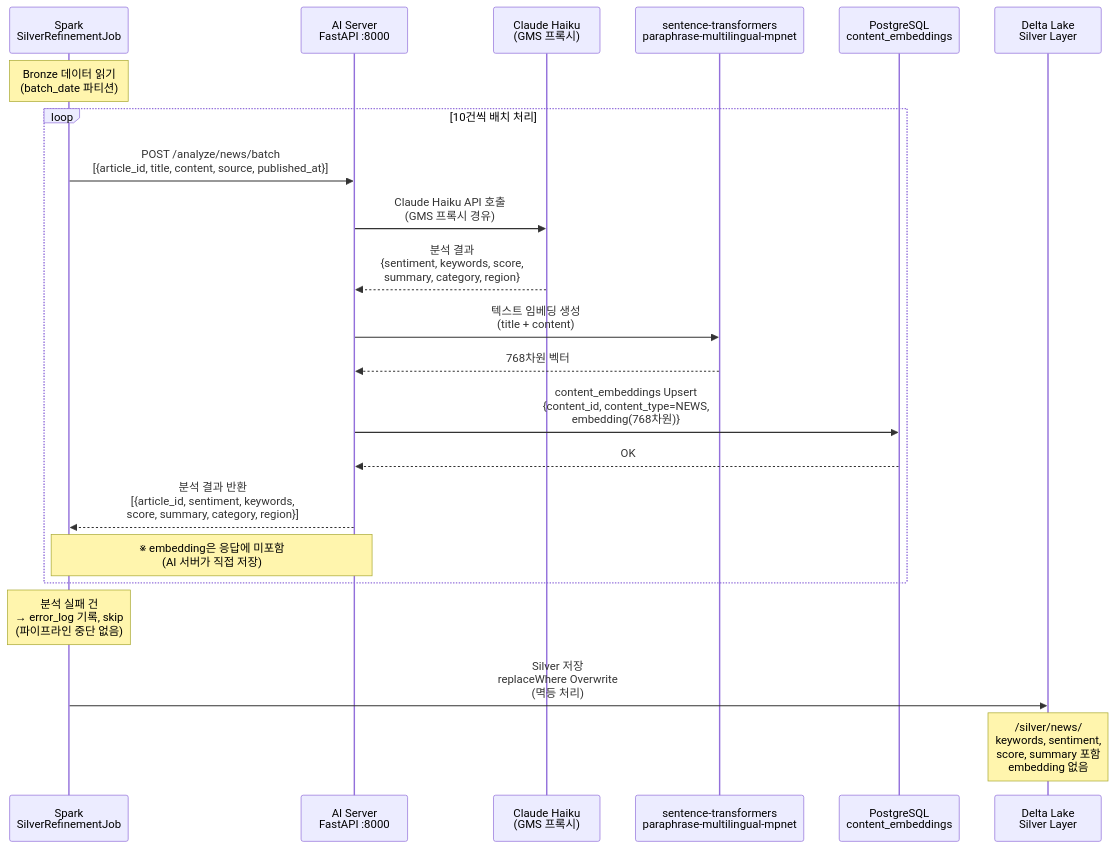
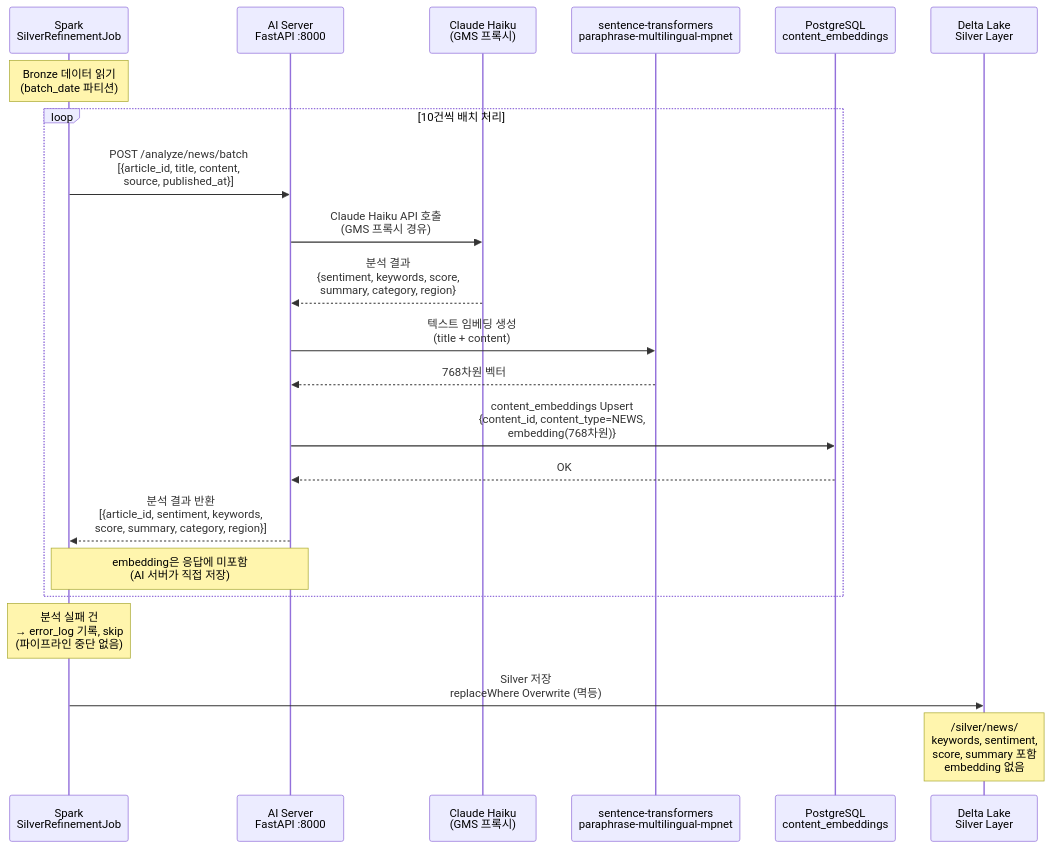
One commit to ljy0221/AiRadar changed the diagram in docs/diagrams/03_ai_analysis_flow.md. Above: the diagram before and after it, drawn with Mermaid. The commit also changed 7 other files, not shown here.

````diff
--- a/docs/diagrams/03_ai_analysis_flow.md
+++ b/docs/diagrams/03_ai_analysis_flow.md
@@ -3,33 +3,33 @@
 ```mermaid
 sequenceDiagram
     participant SP as Spark<br/>SilverRefinementJob
     participant AI as AI Server<br/>FastAPI :8000
     participant LLM as Claude Haiku<br/>(GMS 프록시)
     participant EMB as sentence-transformers<br/>paraphrase-multilingual-mpnet
     participant PG as PostgreSQL<br/>content_embeddings
     participant DL as Delta Lake<br/>Silver Layer
 
     Note over SP: Bronze 데이터 읽기<br/>(batch_date 파티션)
 
     loop 10건씩 배치 처리
-        SP->>AI: POST /analyze/news/batch<br/>[{article_id, title, content, source, published_at}]
+        SP->>AI: POST /analyze/news/batch<br/>[{article_id, title, content,<br/>source, published_at}]
 
         AI->>LLM: Claude Haiku API 호출<br/>(GMS 프록시 경유)
         LLM-->>AI: 분석 결과<br/>{sentiment, keywords, score,<br/>summary, category, region}
 
         AI->>EMB: 텍스트 임베딩 생성<br/>(title + content)
         EMB-->>AI: 768차원 벡터
 
         AI->>PG: content_embeddings Upsert<br/>{content_id, content_type=NEWS,<br/>embedding(768차원)}
         PG-->>AI: OK
 
         AI-->>SP: 분석 결과 반환<br/>[{article_id, sentiment, keywords,<br/>score, summary, category, region}]
-        Note over AI,SP: ※ embedding은 응답에 미포함<br/>(AI 서버가 직접 저장)
+        Note over AI,SP: embedding은 응답에 미포함<br/>(AI 서버가 직접 저장)
     end
 
     Note over SP: 분석 실패 건<br/>→ error_log 기록, skip<br/>(파이프라인 중단 없음)
 
-    SP->>DL: Silver 저장<br/>replaceWhere Overwrite<br/>(멱등 처리)
+    SP->>DL: Silver 저장<br/>replaceWhere Overwrite (멱등)
 
     Note over DL: /silver/news/<br/>keywords, sentiment,<br/>score, summary 포함<br/>embedding 없음
 ```
````
